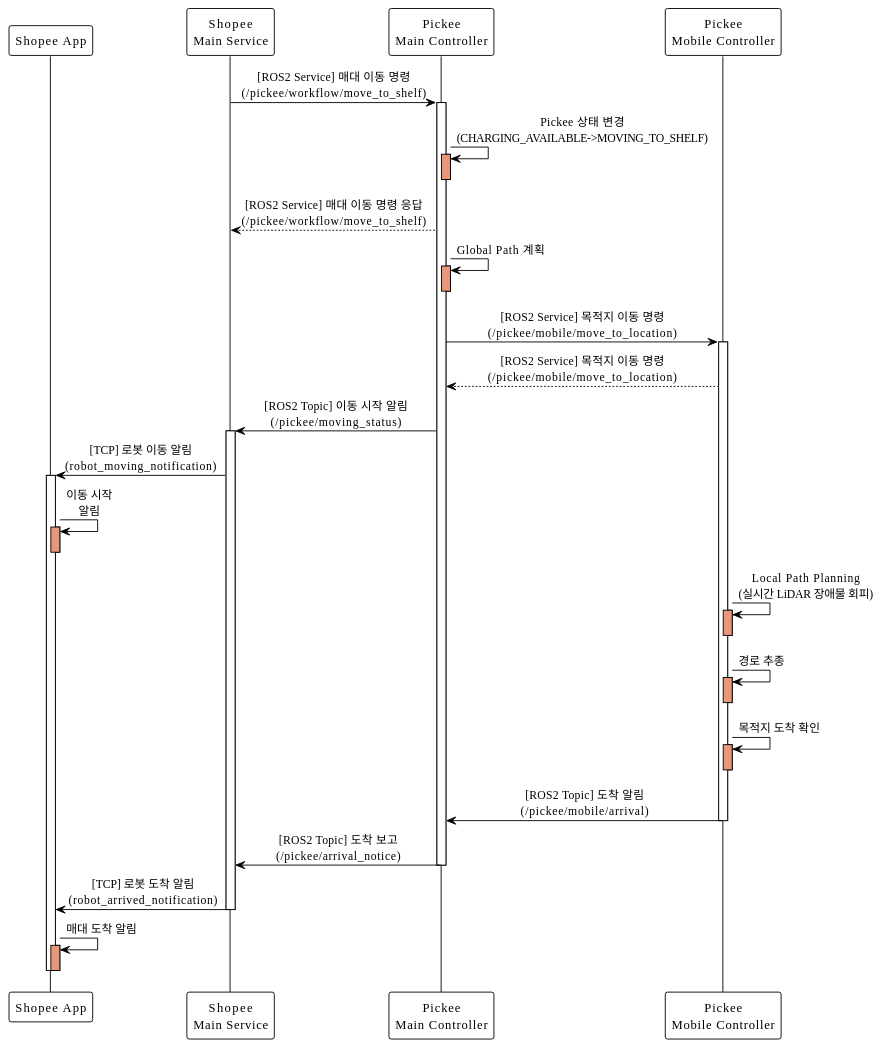
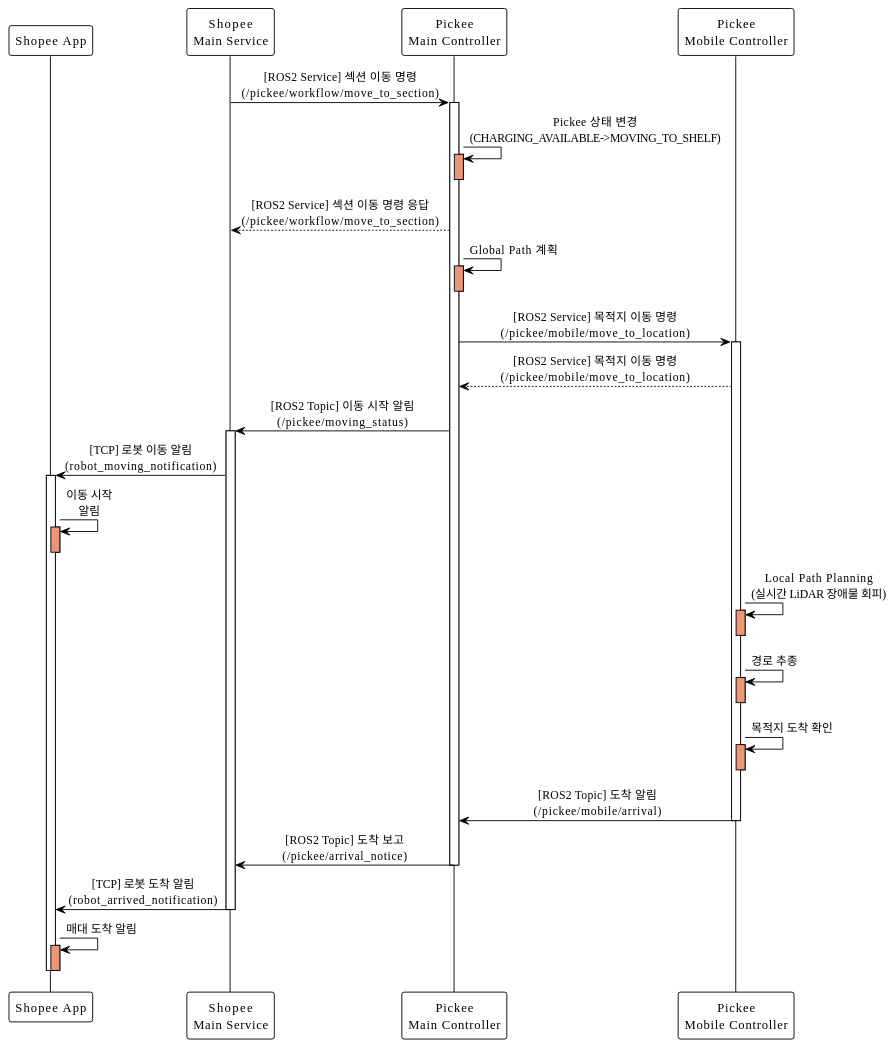
Before and after one commit to addinedu-roscamp-7th/roscamp-repo-1: the diagram in docs/SequenceDiagram/SC_02_1.md, drawn with PlantUML. The commit also changed 12 other files, not shown here.

```diff
--- a/docs/SequenceDiagram/SC_02_1.md
+++ b/docs/SequenceDiagram/SC_02_1.md
@@ -1,66 +1,66 @@
 @startuml SC_02_1
 !theme plain
 skinparam backgroundColor #FFFFFF
 skinparam sequenceMessageAlign center
 
 participant "Shopee App" as app
 participant "Shopee\nMain Service" as main
 participant "Pickee\nMain Controller" as pickee_main
 participant "Pickee\nMobile Controller" as pickee_mobile
 
-main -> pickee_main: [ROS2 Service] 매대 이동 명령\n(/pickee/workflow/move_to_shelf)
+main -> pickee_main: [ROS2 Service] 섹션 이동 명령\n(/pickee/workflow/move_to_section)
 activate pickee_main
 
 pickee_main -> pickee_main: Pickee 상태 변경\n(CHARGING_AVAILABLE->MOVING_TO_SHELF)
 activate pickee_main #DarkSalmon
 deactivate pickee_main
 
-pickee_main --> main: [ROS2 Service] 매대 이동 명령 응답\n(/pickee/workflow/move_to_shelf)
+pickee_main --> main: [ROS2 Service] 섹션 이동 명령 응답\n(/pickee/workflow/move_to_section)
 
 pickee_main -> pickee_main: Global Path 계획
 activate pickee_main #DarkSalmon
 deactivate pickee_main
 
 pickee_main -> pickee_mobile: [ROS2 Service] 목적지 이동 명령\n(/pickee/mobile/move_to_location)
 activate pickee_mobile
 
 pickee_mobile --> pickee_main: [ROS2 Service] 목적지 이동 명령\n(/pickee/mobile/move_to_location)
 
 pickee_main -> main: [ROS2 Topic] 이동 시작 알림\n(/pickee/moving_status)
 activate main
 
 main -> app: [TCP] 로봇 이동 알림\n(robot_moving_notification)
 activate app
 
 app -> app: 이동 시작\n알림
 activate app #DarkSalmon
 deactivate app
 
 pickee_mobile -> pickee_mobile: Local Path Planning\n(실시간 LiDAR 장애물 회피)
 activate pickee_mobile #DarkSalmon
 deactivate pickee_mobile
 
 pickee_mobile -> pickee_mobile: 경로 추종
 activate pickee_mobile #DarkSalmon
 deactivate pickee_mobile
 
 pickee_mobile -> pickee_mobile: 목적지 도착 확인
 activate pickee_mobile #DarkSalmon
 deactivate pickee_mobile
 
 pickee_mobile -> pickee_main: [ROS2 Topic] 도착 알림\n(/pickee/mobile/arrival)
 deactivate pickee_mobile
 
 pickee_main -> main: [ROS2 Topic] 도착 보고\n(/pickee/arrival_notice)
 deactivate pickee_main
 
 main -> app: [TCP] 로봇 도착 알림\n(robot_arrived_notification)
 deactivate main
 
 app -> app: 매대 도착 알림
 activate app #DarkSalmon
 deactivate app
 
 deactivate app
 
 @enduml
```
